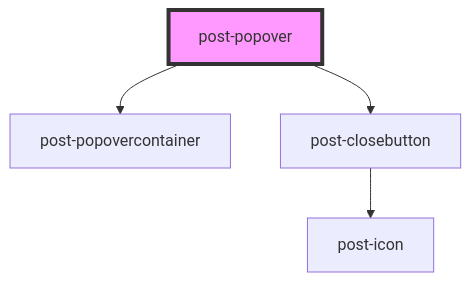
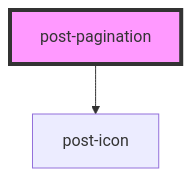
The diagram in packages/components/src/components/post-pagination/readme.md (swisspost/design-system), drawn with Mermaid before and after one commit. The commit also changed other lines of this file and 1 other file, not shown here.

````diff
--- a/packages/components/src/components/post-pagination/readme.md
+++ b/packages/components/src/components/post-pagination/readme.md
@@ -71,7 +33,5 @@
 ```mermaid
 graph TD;
-  post-popover --> post-popovercontainer
-  post-popover --> post-closebutton
-  post-closebutton --> post-icon
-  style post-popover fill:#f9f,stroke:#333,stroke-width:4px
+  post-pagination --> post-icon
+  style post-pagination fill:#f9f,stroke:#333,stroke-width:4px
 ```
````
